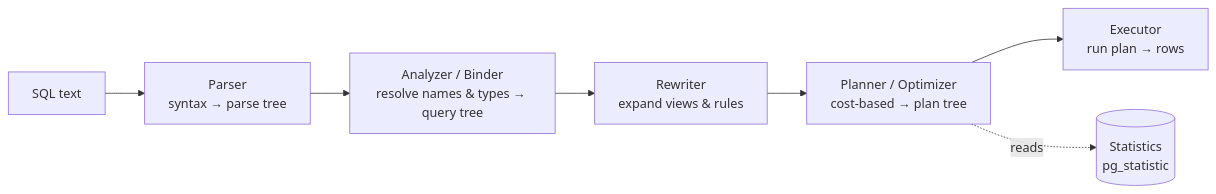
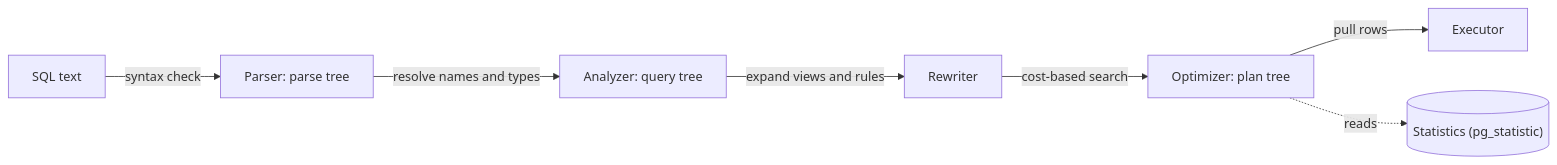
The first of 2 diagrams in src/modules/database/content/08-internals/03-query-processing.md (mohammad-mriesh-job/cortex), drawn with Mermaid before and after one commit. The commit also changed other lines of this file and 257 other files, not shown here.

````diff
--- a/src/modules/database/content/08-internals/03-query-processing.md
+++ b/src/modules/database/content/08-internals/03-query-processing.md
@@ -17,9 +17,9 @@
 ```mermaid
 flowchart LR
-  SQL["SQL text"] --> P["Parser<br/>syntax → parse tree"]
-  P --> A["Analyzer / Binder<br/>resolve names & types → query tree"]
-  A --> R["Rewriter<br/>expand views & rules"]
-  R --> O["Planner / Optimizer<br/>cost-based → plan tree"]
-  O --> E["Executor<br/>run plan → rows"]
-  O -. reads .-> S[("Statistics<br/>pg_statistic")]
+  SQL["SQL text"] -->|syntax check| P["Parser: parse tree"]
+  P -->|"resolve names and types"| A["Analyzer: query tree"]
+  A -->|"expand views and rules"| R["Rewriter"]
+  R -->|"cost-based search"| O["Optimizer: plan tree"]
+  O -->|"pull rows"| E["Executor"]
+  O -. reads .-> S[("Statistics (pg_statistic)")]
 ```
````
